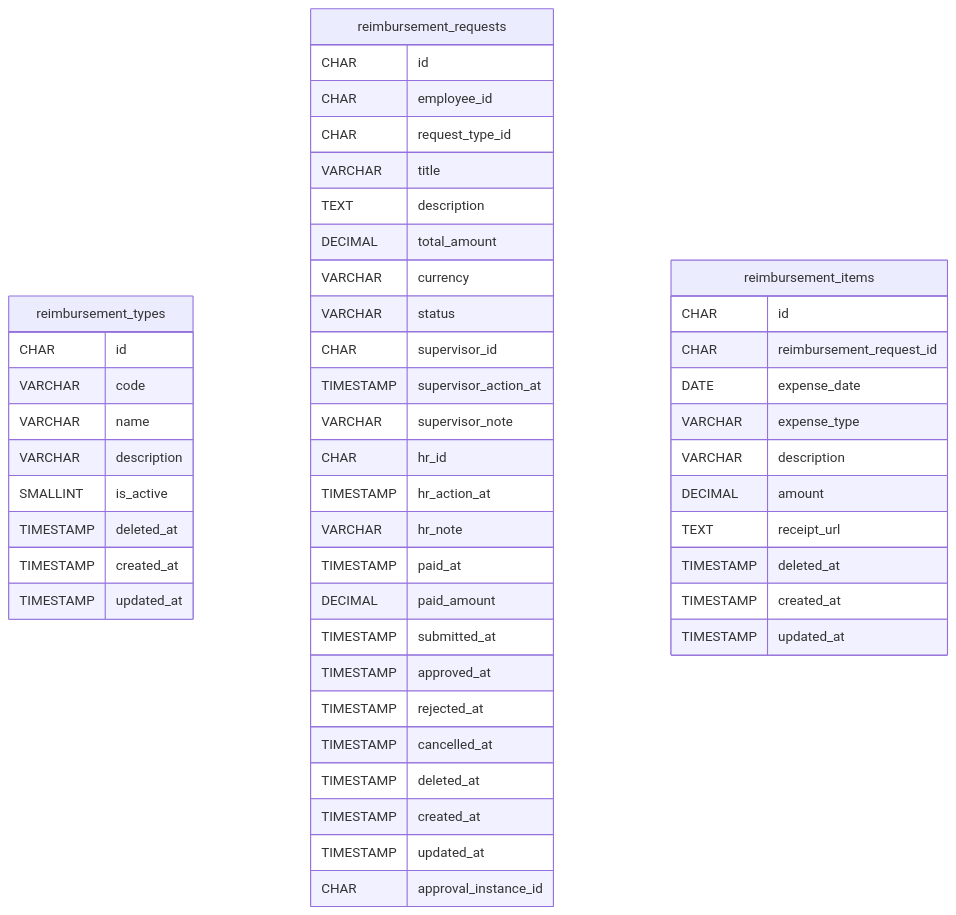
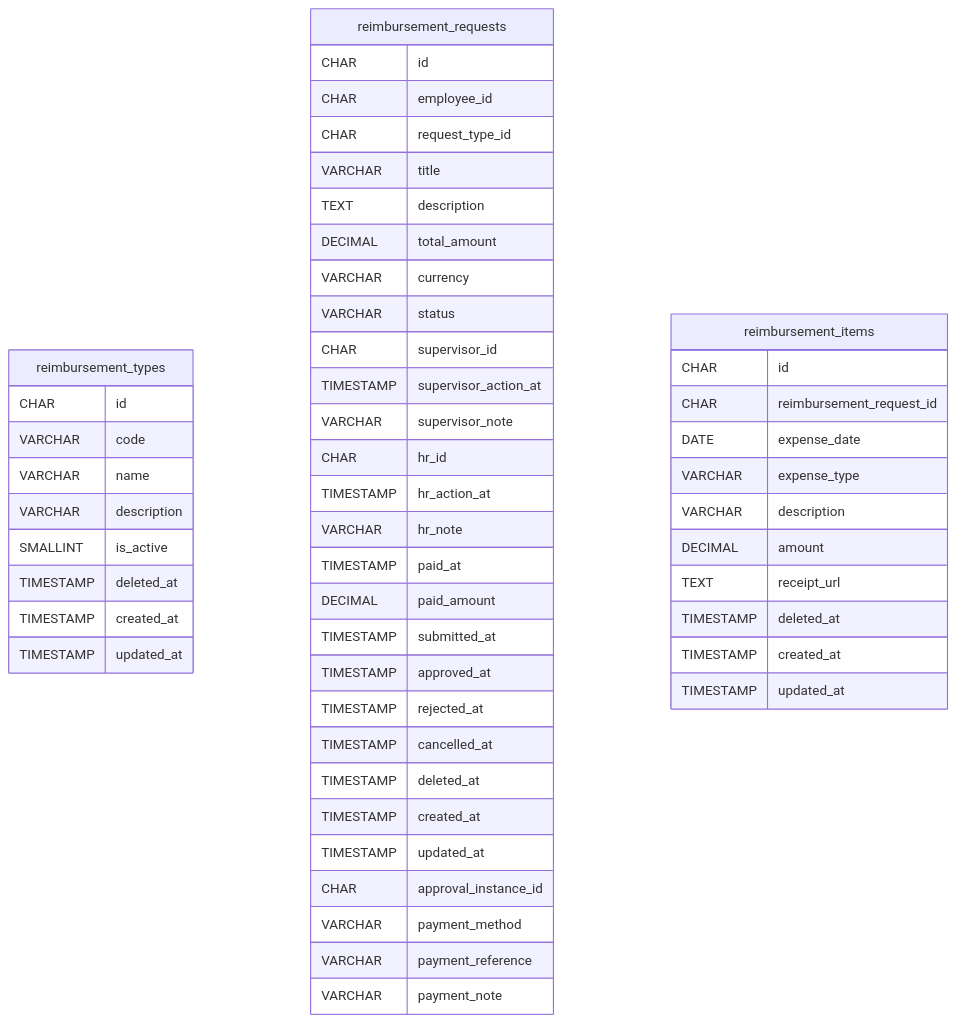
One commit to Inthros-Jagotama/inthros-hris-platform changed diagram 14 of 21 in docs/database-schema.md. Above: the diagram before and after it, drawn with Mermaid. The commit also changed other lines of this file and 1 other file, not shown here.

First line of the commit message:
docs(db): sinkronkan database-schema.md dengan 250 tabel migrasi (20 modul)

````diff
--- a/docs/database-schema.md
+++ b/docs/database-schema.md
@@ -2464,51 +2489,54 @@
 ```mermaid
 erDiagram
     reimbursement_types {
         CHAR id
         VARCHAR code
         VARCHAR name
         VARCHAR description
         SMALLINT is_active
         TIMESTAMP deleted_at
         TIMESTAMP created_at
         TIMESTAMP updated_at
     }
     reimbursement_requests {
         CHAR id
         CHAR employee_id
         CHAR request_type_id
         VARCHAR title
         TEXT description
         DECIMAL total_amount
         VARCHAR currency
         VARCHAR status
         CHAR supervisor_id
         TIMESTAMP supervisor_action_at
         VARCHAR supervisor_note
         CHAR hr_id
         TIMESTAMP hr_action_at
         VARCHAR hr_note
         TIMESTAMP paid_at
         DECIMAL paid_amount
         TIMESTAMP submitted_at
         TIMESTAMP approved_at
         TIMESTAMP rejected_at
         TIMESTAMP cancelled_at
         TIMESTAMP deleted_at
         TIMESTAMP created_at
         TIMESTAMP updated_at
         CHAR approval_instance_id
+        VARCHAR payment_method
+        VARCHAR payment_reference
+        VARCHAR payment_note
     }
     reimbursement_items {
         CHAR id
         CHAR reimbursement_request_id
         DATE expense_date
         VARCHAR expense_type
         VARCHAR description
         DECIMAL amount
         TEXT receipt_url
         TIMESTAMP deleted_at
         TIMESTAMP created_at
         TIMESTAMP updated_at
     }
 ```
````
